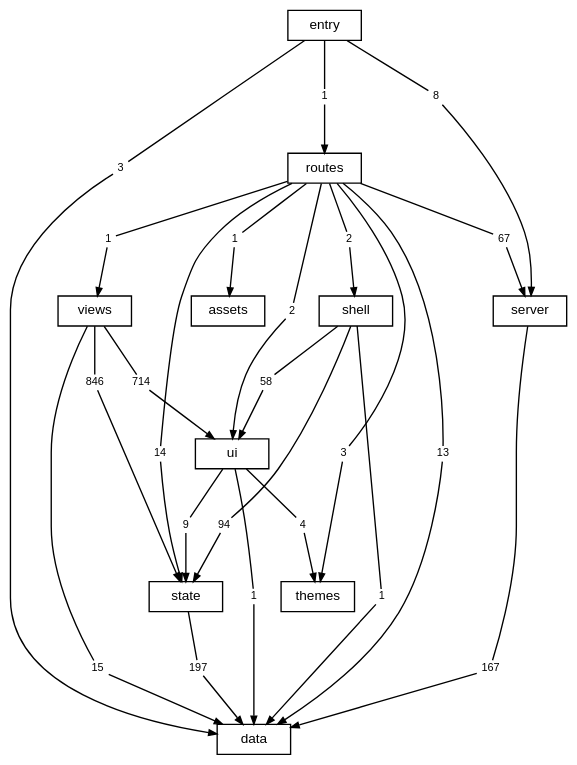
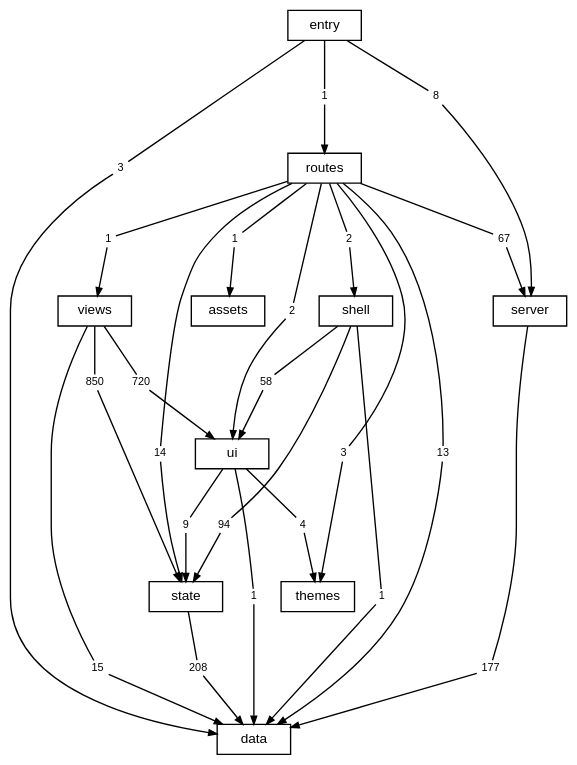
Before and after one commit to TheAxeC/oculus: the diagram in docs/diagrams/layers.dot, drawn with Graphviz. The commit also changed 116 other files, not shown here.

```diff
--- a/docs/diagrams/layers.dot
+++ b/docs/diagrams/layers.dot
@@ -1,81 +1,81 @@
 digraph layers {
     graph [bgcolor="transparent", rankdir=TB, newrank=true, fontname="Helvetica,Arial,sans-serif", fontsize=12, nodesep=0.2, ranksep=0.5];
     node [shape=box, color="black", fontcolor="black", fontname="Helvetica,Arial,sans-serif", fontsize=10, height=0.3, margin="0.12,0.04"];
     edge [color="black", fontcolor="black", fontname="Helvetica,Arial,sans-serif", fontsize=8, arrowsize=0.6];
     "data";
     "server";
     "state";
     "ui";
     "shell";
     "views";
     "themes";
     "routes";
     "src" [label="entry"];
     "files: assets" [label="assets"];
     "routes to data" [label="13", shape=box, color="transparent", fontsize=8, width=0, height=0, margin="0.04,0.02"];
     "routes" -> "routes to data" [arrowhead=none];
     "routes to data" -> "data" [];
     "routes to files: assets" [label="1", shape=box, color="transparent", fontsize=8, width=0, height=0, margin="0.04,0.02"];
     "routes" -> "routes to files: assets" [arrowhead=none];
     "routes to files: assets" -> "files: assets" [];
     "routes to server" [label="67", shape=box, color="transparent", fontsize=8, width=0, height=0, margin="0.04,0.02"];
     "routes" -> "routes to server" [arrowhead=none];
     "routes to server" -> "server" [];
     "routes to shell" [label="2", shape=box, color="transparent", fontsize=8, width=0, height=0, margin="0.04,0.02"];
     "routes" -> "routes to shell" [arrowhead=none];
     "routes to shell" -> "shell" [];
     "routes to state" [label="14", shape=box, color="transparent", fontsize=8, width=0, height=0, margin="0.04,0.02"];
     "routes" -> "routes to state" [arrowhead=none];
     "routes to state" -> "state" [];
     "routes to themes" [label="3", shape=box, color="transparent", fontsize=8, width=0, height=0, margin="0.04,0.02"];
     "routes" -> "routes to themes" [arrowhead=none];
     "routes to themes" -> "themes" [];
     "routes to ui" [label="2", shape=box, color="transparent", fontsize=8, width=0, height=0, margin="0.04,0.02"];
     "routes" -> "routes to ui" [arrowhead=none];
     "routes to ui" -> "ui" [];
     "routes to views" [label="1", shape=box, color="transparent", fontsize=8, width=0, height=0, margin="0.04,0.02"];
     "routes" -> "routes to views" [arrowhead=none];
     "routes to views" -> "views" [];
-    "server to data" [label="167", shape=box, color="transparent", fontsize=8, width=0, height=0, margin="0.04,0.02"];
+    "server to data" [label="177", shape=box, color="transparent", fontsize=8, width=0, height=0, margin="0.04,0.02"];
     "server" -> "server to data" [arrowhead=none];
     "server to data" -> "data" [];
     "shell to data" [label="1", shape=box, color="transparent", fontsize=8, width=0, height=0, margin="0.04,0.02"];
     "shell" -> "shell to data" [arrowhead=none];
     "shell to data" -> "data" [];
     "shell to state" [label="94", shape=box, color="transparent", fontsize=8, width=0, height=0, margin="0.04,0.02"];
     "shell" -> "shell to state" [arrowhead=none];
     "shell to state" -> "state" [];
     "shell to ui" [label="58", shape=box, color="transparent", fontsize=8, width=0, height=0, margin="0.04,0.02"];
     "shell" -> "shell to ui" [arrowhead=none];
     "shell to ui" -> "ui" [];
     "src to data" [label="3", shape=box, color="transparent", fontsize=8, width=0, height=0, margin="0.04,0.02"];
     "src" -> "src to data" [arrowhead=none];
     "src to data" -> "data" [];
     "src to routes" [label="1", shape=box, color="transparent", fontsize=8, width=0, height=0, margin="0.04,0.02"];
     "src" -> "src to routes" [arrowhead=none];
     "src to routes" -> "routes" [];
     "src to server" [label="8", shape=box, color="transparent", fontsize=8, width=0, height=0, margin="0.04,0.02"];
     "src" -> "src to server" [arrowhead=none];
     "src to server" -> "server" [];
-    "state to data" [label="197", shape=box, color="transparent", fontsize=8, width=0, height=0, margin="0.04,0.02"];
+    "state to data" [label="208", shape=box, color="transparent", fontsize=8, width=0, height=0, margin="0.04,0.02"];
     "state" -> "state to data" [arrowhead=none];
     "state to data" -> "data" [];
     "ui to data" [label="1", shape=box, color="transparent", fontsize=8, width=0, height=0, margin="0.04,0.02"];
     "ui" -> "ui to data" [arrowhead=none];
     "ui to data" -> "data" [];
     "ui to state" [label="9", shape=box, color="transparent", fontsize=8, width=0, height=0, margin="0.04,0.02"];
     "ui" -> "ui to state" [arrowhead=none];
     "ui to state" -> "state" [];
     "ui to themes" [label="4", shape=box, color="transparent", fontsize=8, width=0, height=0, margin="0.04,0.02"];
     "ui" -> "ui to themes" [arrowhead=none];
     "ui to themes" -> "themes" [];
     "views to data" [label="15", shape=box, color="transparent", fontsize=8, width=0, height=0, margin="0.04,0.02"];
     "views" -> "views to data" [arrowhead=none];
     "views to data" -> "data" [];
-    "views to state" [label="846", shape=box, color="transparent", fontsize=8, width=0, height=0, margin="0.04,0.02"];
+    "views to state" [label="850", shape=box, color="transparent", fontsize=8, width=0, height=0, margin="0.04,0.02"];
     "views" -> "views to state" [arrowhead=none];
     "views to state" -> "state" [];
-    "views to ui" [label="714", shape=box, color="transparent", fontsize=8, width=0, height=0, margin="0.04,0.02"];
+    "views to ui" [label="720", shape=box, color="transparent", fontsize=8, width=0, height=0, margin="0.04,0.02"];
     "views" -> "views to ui" [arrowhead=none];
     "views to ui" -> "ui" [];
 }
```
